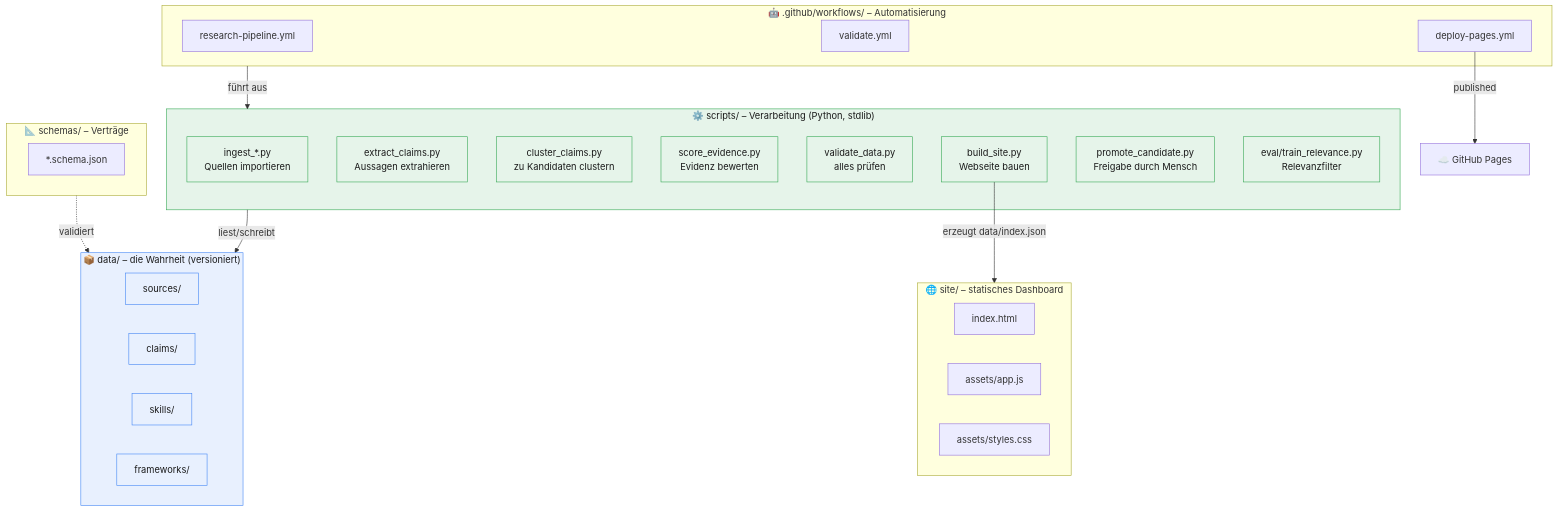
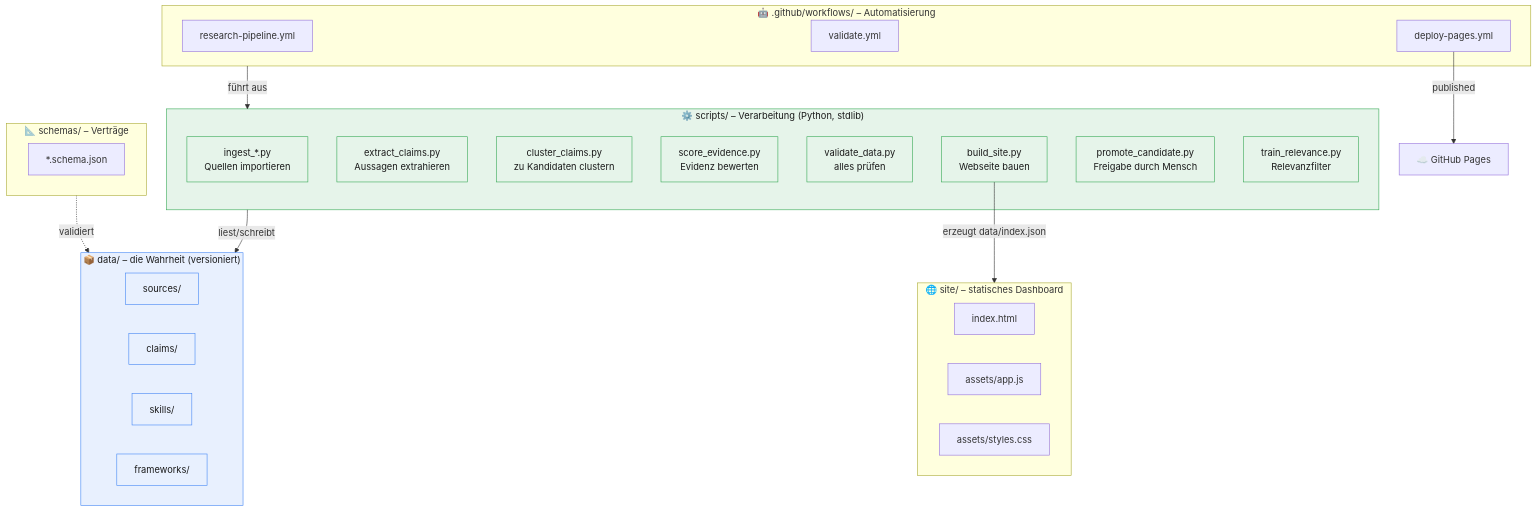
Before and after one commit to malkreide/future-skills-evidence-graph: the second of 7 diagrams in docs/architektur.md, drawn with Mermaid. The commit also changed other lines of this file and 6 other files, not shown here.

````diff
--- a/docs/architektur.md
+++ b/docs/architektur.md
@@ -68,47 +68,47 @@
 ```mermaid
 graph TB
     subgraph DATA["📦 data/ – die Wahrheit (versioniert)"]
         D1[sources/]
         D2[claims/]
         D3[skills/]
         D4[frameworks/]
     end
 
     subgraph SCHEMA["📐 schemas/ – Verträge"]
         S1[*.schema.json]
     end
 
     subgraph SCRIPTS["⚙️ scripts/ – Verarbeitung (Python, stdlib)"]
         P1["ingest_*.py<br/>Quellen importieren"]
         P2["extract_claims.py<br/>Aussagen extrahieren"]
         P3["cluster_claims.py<br/>zu Kandidaten clustern"]
         P4["score_evidence.py<br/>Evidenz bewerten"]
         P5["validate_data.py<br/>alles prüfen"]
         P6["build_site.py<br/>Webseite bauen"]
         P7["promote_candidate.py<br/>Freigabe durch Mensch"]
-        P8["eval/train_relevance.py<br/>Relevanzfilter"]
+        P8["train_relevance.py<br/>Relevanzfilter"]
     end
 
     subgraph SITE["🌐 site/ – statisches Dashboard"]
         W1[index.html]
         W2[assets/app.js]
         W3[assets/styles.css]
     end
 
     subgraph CI["🤖 .github/workflows/ – Automatisierung"]
         C1[research-pipeline.yml]
         C2[validate.yml]
         C3[deploy-pages.yml]
     end
 
     SCHEMA -. validiert .-> DATA
     SCRIPTS -->|liest/schreibt| DATA
     P6 -->|"erzeugt data/index.json"| SITE
     CI -->|"führt aus"| SCRIPTS
     C3 -->|"published"| PAGES["☁️ GitHub Pages"]
 
     classDef data fill:#e8f0fe,stroke:#4285f4,color:#1a1a1a;
     classDef proc fill:#e6f4ea,stroke:#34a853,color:#1a1a1a;
     class DATA,D1,D2,D3,D4 data;
     class SCRIPTS,P1,P2,P3,P4,P5,P6,P7,P8 proc;
 ```
````
